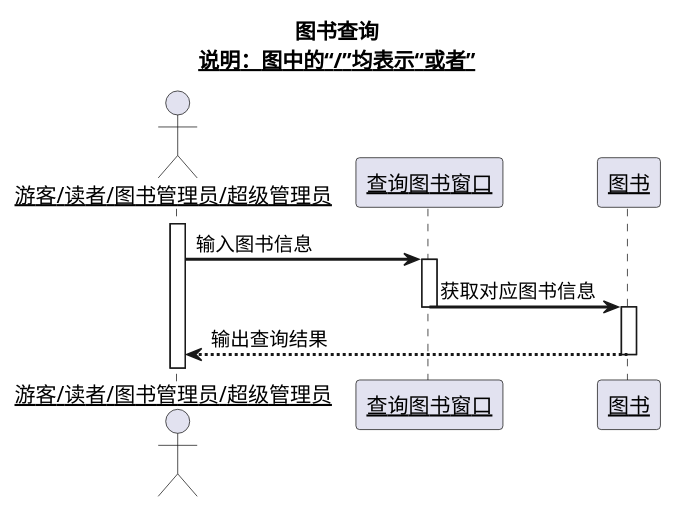
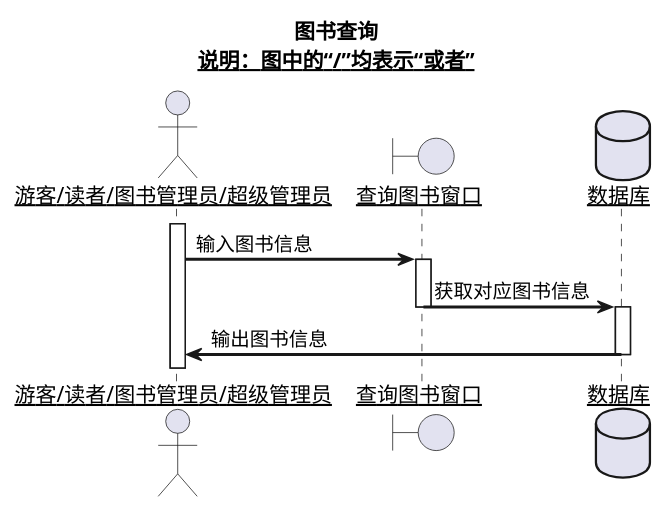
One commit to Landy7/is_analysis changed the diagram in test4/sequence1.md. Above: the diagram before and after it, drawn with PlantUML. The commit also changed 30 other files, not shown here.

```diff
--- a/test4/sequence1.md
+++ b/test4/sequence1.md
@@ -1,20 +1,20 @@
 @startuml
 title
  图书查询
  <u>说明：图中的“/”均表示“或者”</u>
 end title
 skinparam sequenceArrowThickness 2
 skinparam maxmessagesize 60
 skinparam sequenceParticipant underline
 actor "游客/读者/图书管理员/超级管理员" as U
-participant "查询图书窗口" as A
-participant "图书" as B
+boundary "查询图书窗口" as A
+database "数据库" as B
 activate U
 U ->A:输入图书信息
 activate A
 A ->B:获取对应图书信息
 deactivate A
 activate B
-B -->U:输出查询结果
+B ->U:输出图书信息
 deactivate B
 @enduml
```
